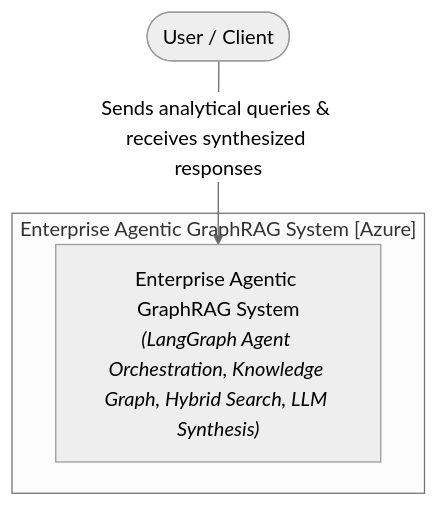
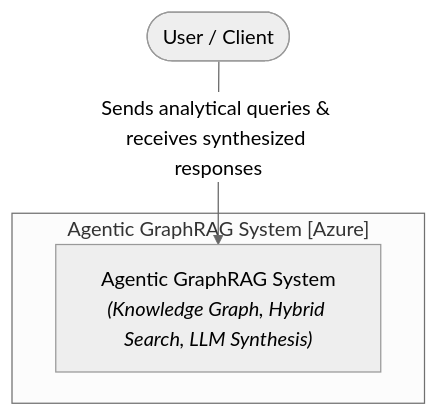
One commit to sebastianbrzustowicz/Agentic-GraphRAG-Blueprint changed the first of 4 diagrams in README.md. Above: the diagram before and after it, drawn with Mermaid (neutral theme). The commit also changed other lines of this file and 3 other files, not shown here.

Commit message:
docs: overhaul README, drop LangGraph/enterprise, rename resource group

````diff
--- a/README.md
+++ b/README.md
@@ -13,10 +19,10 @@
 ```mermaid
 flowchart TD
     User([User / Client])
     
-    subgraph SystemBoundary ["Enterprise Agentic GraphRAG System [Azure]"]
-        GraphRAGSystem["Enterprise Agentic GraphRAG System<br/><i>(LangGraph Agent Orchestration, Knowledge Graph, Hybrid Search, LLM Synthesis)</i>"]
+    subgraph SystemBoundary ["Agentic GraphRAG System [Azure]"]
+        GraphRAGSystem["Agentic GraphRAG System<br/><i>(Knowledge Graph, Hybrid Search, LLM Synthesis)</i>"]
     end
 
     User -->|"Sends analytical queries & receives synthesized responses"| GraphRAGSystem
 ```
````
